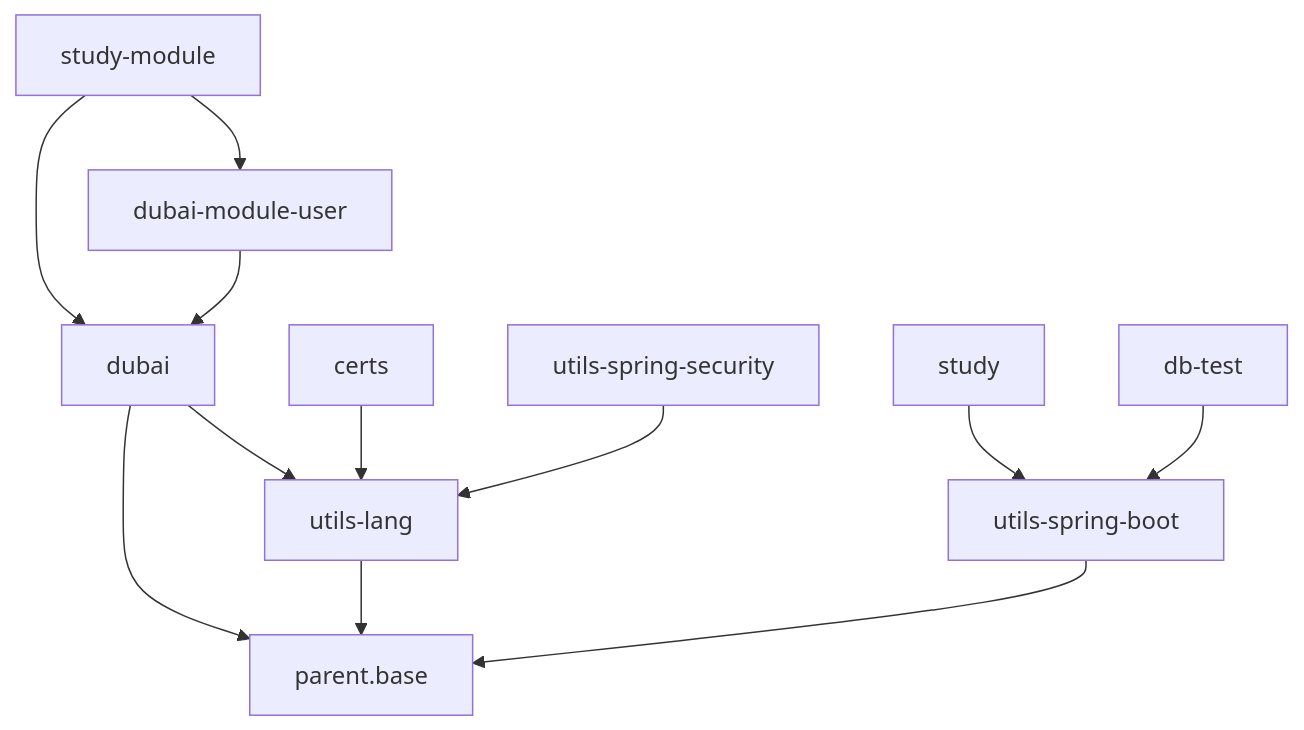
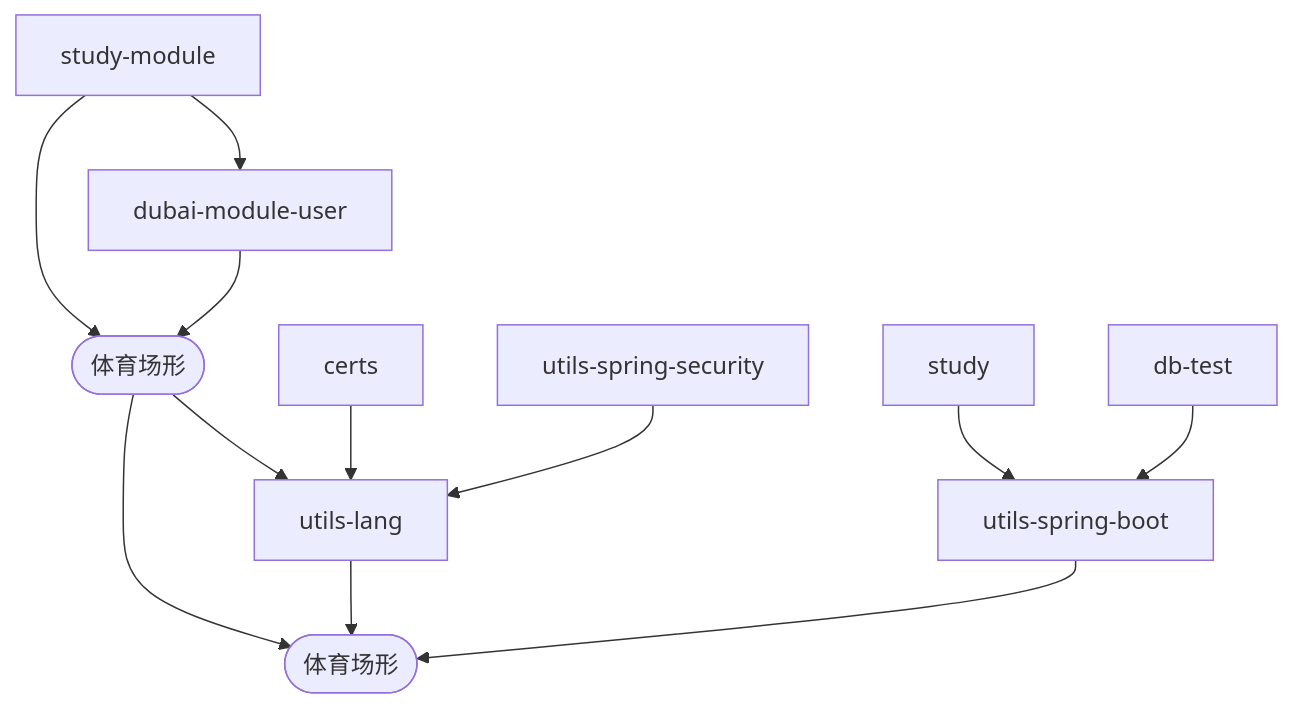
The diagram in README.md (dbstarll/dbstarll.github.io), drawn with Mermaid before and after one commit.

Commit message:
自定义边框

````diff
--- a/README.md
+++ b/README.md
@@ -12,19 +12,21 @@
 ```mermaid
 graph TD;
+    parent.base([体育场形]);
+
     utils-lang-->parent.base;
 
     utils-spring-boot-->parent.base;
 
-    dubai-->parent.base;
+    dubai([体育场形])-->parent.base;
     dubai-->utils-lang;
     
     dubai-module-user-->dubai;
 
     study-module-->dubai;
     study-module-->dubai-module-user;
 
     certs-->utils-lang;
     utils-spring-security-->utils-lang;
     study-->utils-spring-boot;
     db-test-->utils-spring-boot;
 ```
````
